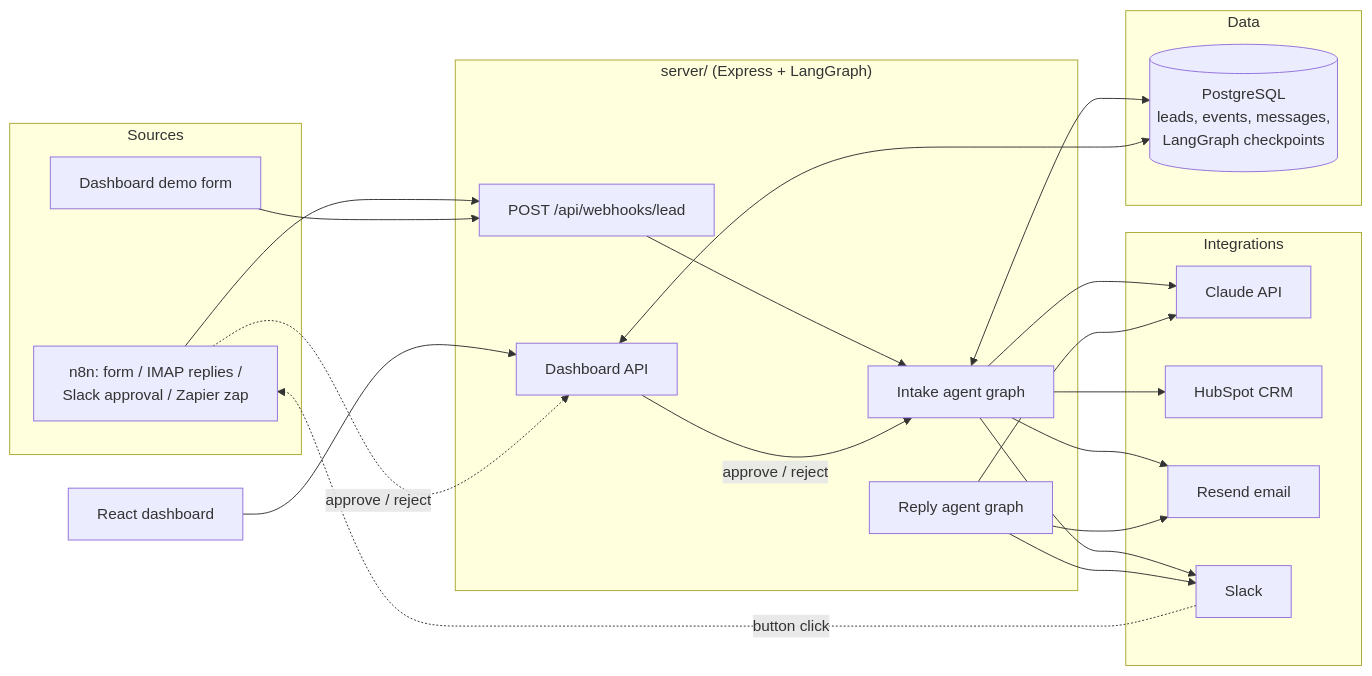
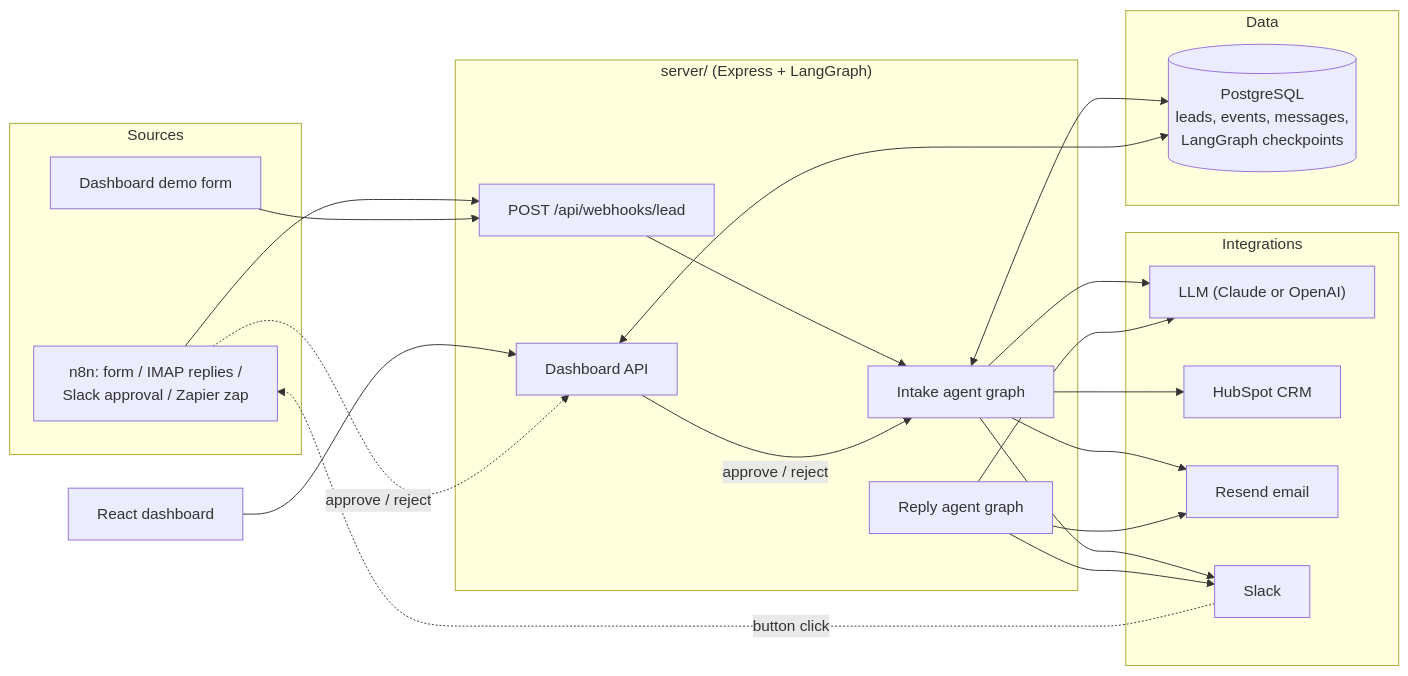
Before and after one commit to rjacaac211/leadflow-ai: the diagram in README.md, drawn with Mermaid. The commit also changed other lines of this file and 1 other file, not shown here.

First line of the commit message:
docs: cover evals, provider choice and cost in the README and CLAUDE.md

````diff
--- a/README.md
+++ b/README.md
@@ -65,37 +66,37 @@
 ```mermaid
 flowchart LR
     subgraph Sources
         N8N["n8n: form / IMAP replies /<br/>Slack approval / Zapier zap"]
         FORM[Dashboard demo form]
     end
 
     subgraph Server["server/ (Express + LangGraph)"]
         WH[POST /api/webhooks/lead]
         RG[Reply agent graph]
         IG[Intake agent graph]
         API[Dashboard API]
     end
 
     subgraph Data
         PG[(PostgreSQL<br/>leads, events, messages,<br/>LangGraph checkpoints)]
     end
 
     subgraph Integrations
-        CL[Claude API]
+        CL["LLM (Claude or OpenAI)"]
         HS[HubSpot CRM]
         RS[Resend email]
         SL[Slack]
     end
 
     WEB[React dashboard] --> API
     N8N --> WH
     FORM --> WH
     WH --> IG
     IG --> CL & HS & RS & SL
     IG <--> PG
     RG --> CL & RS & SL
     API <--> PG
     API -->|approve / reject| IG
     SL -.->|button click| N8N
     N8N -.->|approve / reject| API
 ```
````
